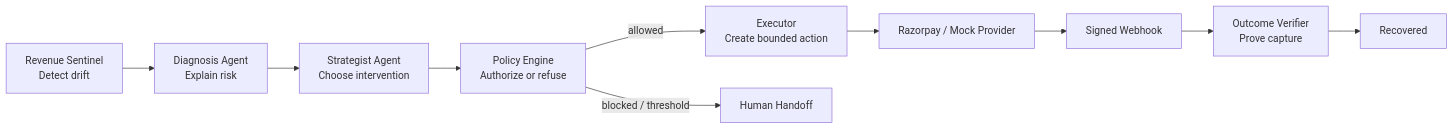
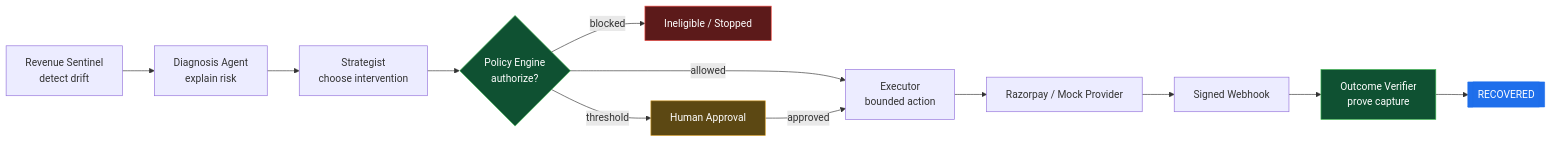
The diagram in README.md (Tayab-Ahamed/RecoverOS), drawn with Mermaid before and after one commit. The commit also changed other lines of this file and 35 other files, not shown here.

````diff
--- a/README.md
+++ b/README.md
@@ -36,12 +212,20 @@
 ```mermaid
 flowchart LR
-    S[Revenue Sentinel\nDetect drift] --> D[Diagnosis Agent\nExplain risk]
-    D --> P[Strategist Agent\nChoose intervention]
-    P --> G[Policy Engine\nAuthorize or refuse]
-    G -->|allowed| X[Executor\nCreate bounded action]
-    G -->|blocked / threshold| H[Human Handoff]
+    S[Revenue Sentinel<br/>detect drift] --> D[Diagnosis Agent<br/>explain risk]
+    D --> P[Strategist<br/>choose intervention]
+    P --> G{Policy Engine<br/>authorize?}
+    G -->|allowed| X[Executor<br/>bounded action]
+    G -->|blocked| N[Ineligible / Stopped]
+    G -->|threshold| H[Human Approval]
+    H -->|approved| X
     X --> W[Razorpay / Mock Provider]
     W --> E[Signed Webhook]
-    E --> V[Outcome Verifier\nProve capture]
-    V --> R[Recovered]
+    E --> V[Outcome Verifier<br/>prove capture]
+    V --> R[[RECOVERED]]
+
+    style G fill:#0f5132,stroke:#3fb950,color:#fff
+    style V fill:#0f5132,stroke:#3fb950,color:#fff
+    style R fill:#1f6feb,stroke:#1f6feb,color:#fff
+    style N fill:#5c1a1a,stroke:#f85149,color:#fff
+    style H fill:#5c4813,stroke:#d29922,color:#fff
 ```
````
